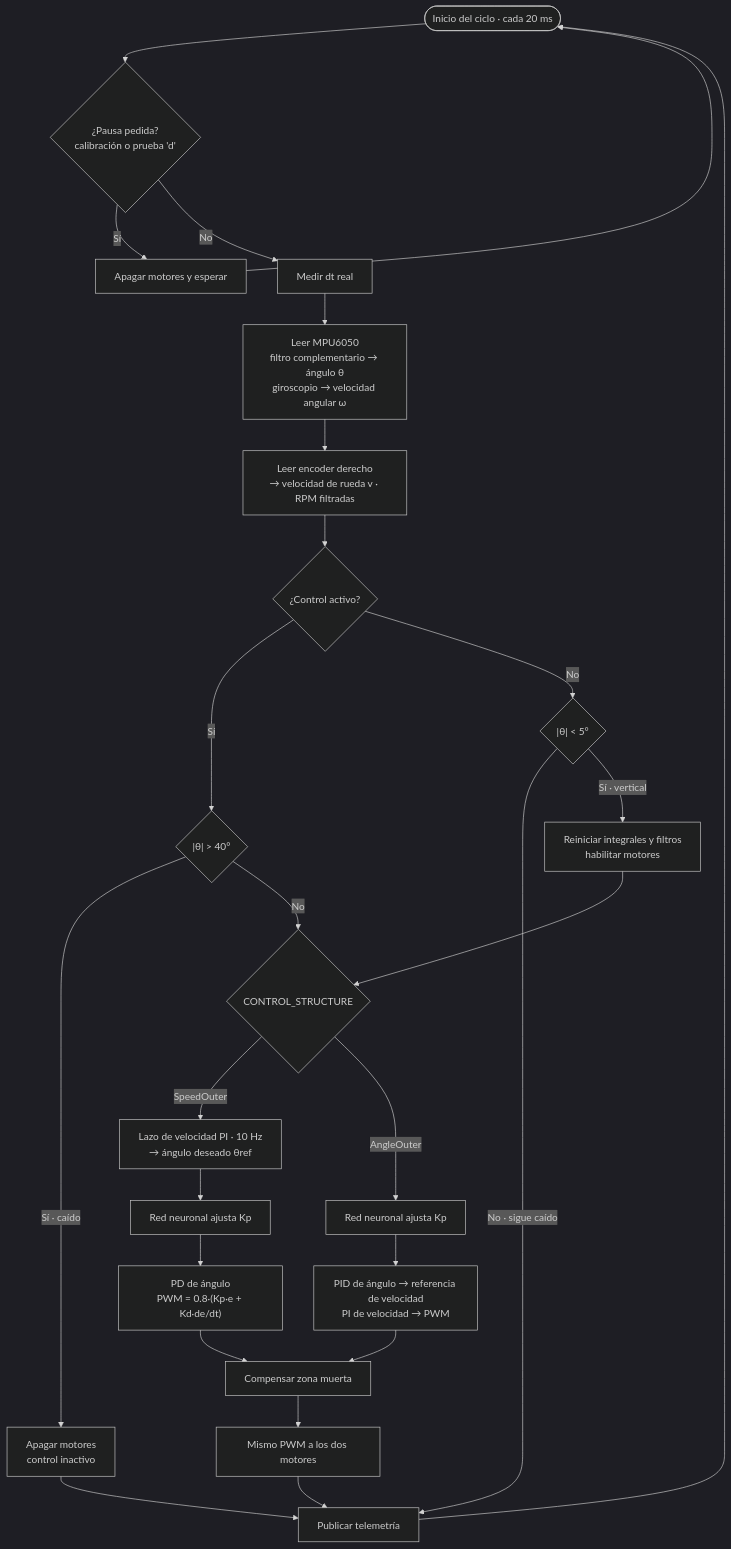
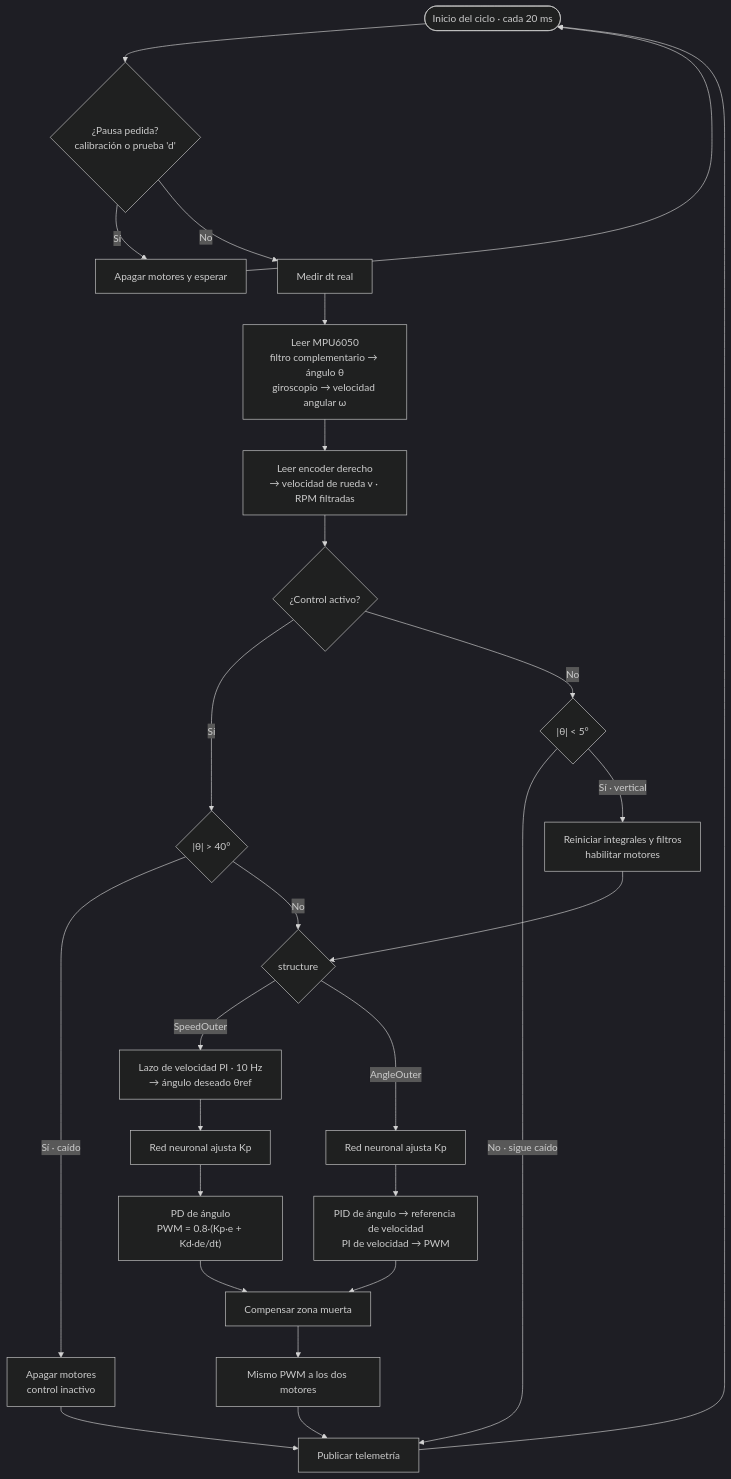
The first of 4 diagrams in README.md (JeissonMartinez/robot-balancin), drawn with Mermaid (dark theme) before and after one commit. The commit also changed other lines of this file and 19 other files, not shown here.

````diff
--- a/README.md
+++ b/README.md
@@ -31,28 +33,28 @@
 ```mermaid
 flowchart TD
     A([Inicio del ciclo · cada 20 ms]) --> P{¿Pausa pedida?<br/>calibración o prueba 'd'}
     P -- Sí --> P1[Apagar motores y esperar]
     P1 --> A
     P -- No --> B[Medir dt real]
     B --> C["Leer MPU6050<br/>filtro complementario → ángulo θ<br/>giroscopio → velocidad angular ω"]
     C --> D["Leer encoder derecho<br/>→ velocidad de rueda v · RPM filtradas"]
     D --> E{¿Control activo?}
     E -- Sí --> F{"|θ| > 40°"}
     F -- "Sí · caído" --> G[Apagar motores<br/>control inactivo]
     E -- No --> H{"|θ| < 5°"}
     H -- "No · sigue caído" --> T
     H -- "Sí · vertical" --> I[Reiniciar integrales y filtros<br/>habilitar motores]
     I --> J
-    F -- No --> J{CONTROL_STRUCTURE}
+    F -- No --> J{structure}
     G --> T
     J -- SpeedOuter --> K[Lazo de velocidad PI · 10 Hz<br/>→ ángulo deseado θref]
     K --> L[Red neuronal ajusta Kp]
     L --> M["PD de ángulo<br/>PWM = 0.8·(Kp·e + Kd·de/dt)"]
     J -- AngleOuter --> N[Red neuronal ajusta Kp]
     N --> O[PID de ángulo → referencia de velocidad<br/>PI de velocidad → PWM]
     M --> Q[Compensar zona muerta]
     O --> Q
     Q --> R[Mismo PWM a los dos motores]
     R --> T[Publicar telemetría]
     T --> A
 ```
````
